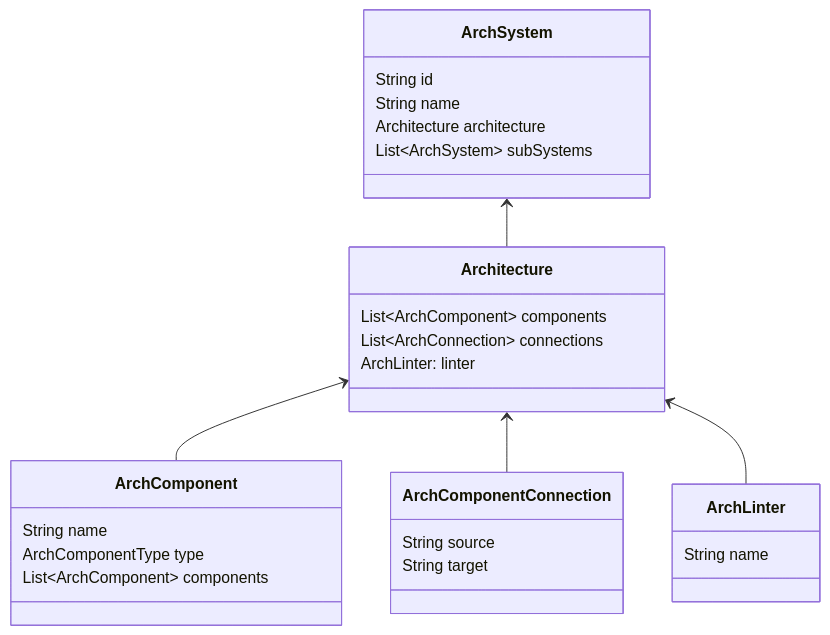
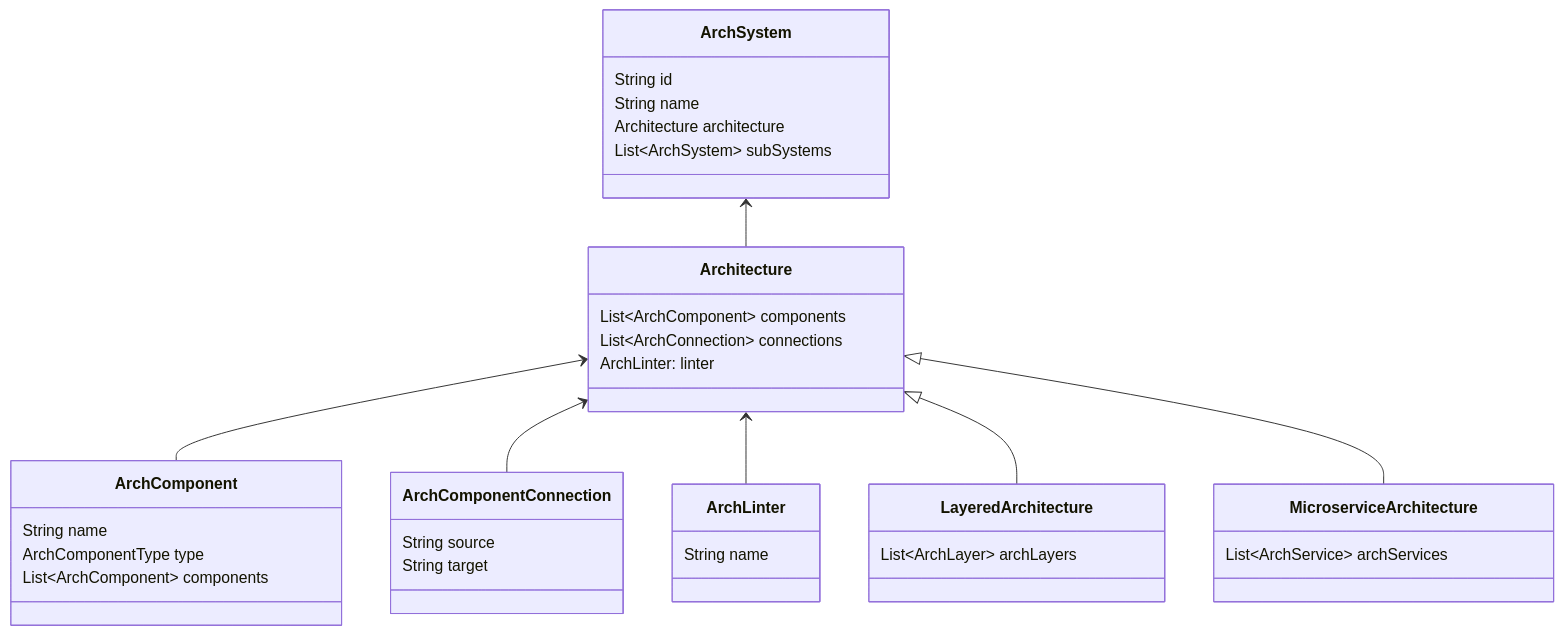
Before and after one commit to archguard/archguard.org: the diagram in docs/drafts/architecture-mode.md, drawn with Mermaid. The commit also changed other lines of this file, not shown here.

````diff
--- a/docs/drafts/architecture-mode.md
+++ b/docs/drafts/architecture-mode.md
@@ -58,36 +58,47 @@
 ```mermaid
 classDiagram
 class ArchSystem {
 	String id
 	String name
 	Architecture architecture
 	List~ArchSystem~ subSystems
 }
 
 class Architecture {
 	List~ArchComponent~ components
 	List~ArchConnection~ connections
 	ArchLinter: linter
 }
 
 class ArchComponent {
 	String name
 	ArchComponentType type
 	List~ArchComponent~ components
 }
 
 class ArchComponentConnection {
 	String source
 	String target
 }
 
 class ArchLinter {
 	String name
 }
 
+class LayeredArchitecture {
+	List~ArchLayer~ archLayers
+}
+
+class MicroserviceArchitecture {
+	List~ArchService~ archServices
+}
+
+
 ArchSystem <-- Architecture
 Architecture <-- ArchComponent
 Architecture <-- ArchComponentConnection
 Architecture <-- ArchLinter
+Architecture <|-- LayeredArchitecture
+Architecture <|-- MicroserviceArchitecture
 
 ```
````
